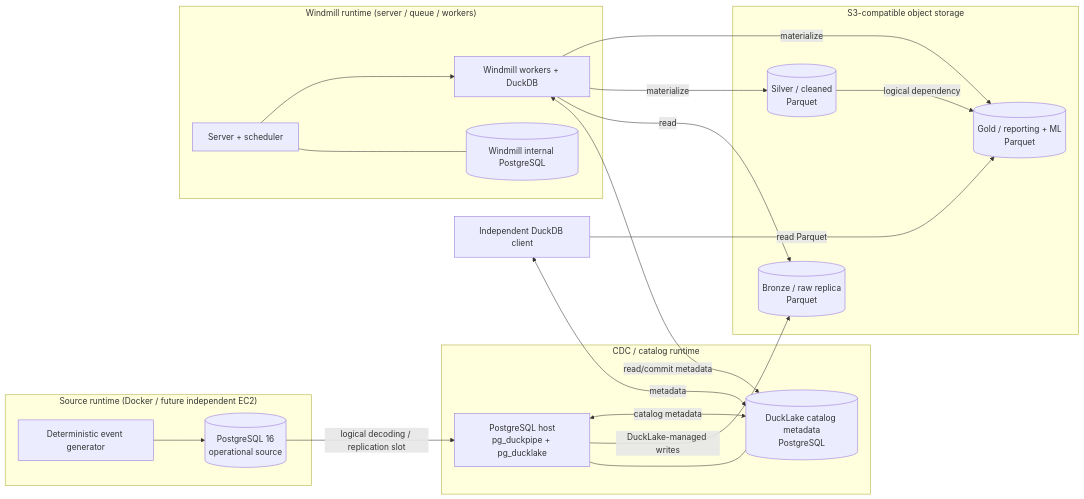
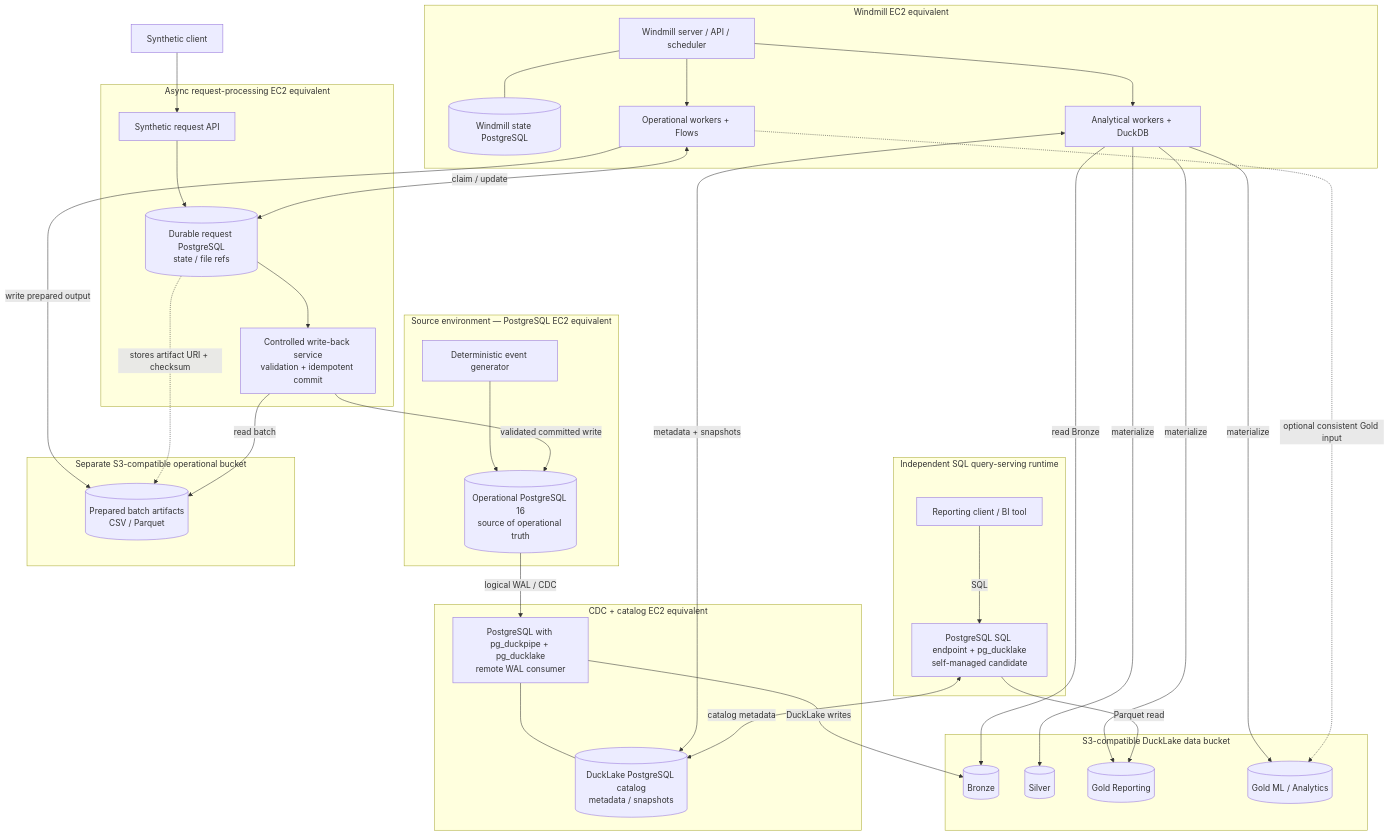
The diagram in docs/architecture.md (TiaanViviers/cdc-lakehouse-lab), drawn with Mermaid before and after one commit. The commit also changed other lines of this file and 15 other files, not shown here.

Commit message:
docs: expand full PoC architecture and phase-based ticket conventions

````diff
--- a/docs/architecture.md
+++ b/docs/architecture.md
@@ -5,34 +7,59 @@
 ```mermaid
-flowchart LR
-  subgraph Source["Source runtime (Docker / future independent EC2)"]
-    G["Deterministic event generator"] --> P[("PostgreSQL 16\noperational source")]
+flowchart TB
+  subgraph opsource["Source environment — PostgreSQL EC2 equivalent"]
+    GEN["Deterministic event generator"]
+    PROD[("Operational PostgreSQL 16\nsource of operational truth")]
+    GEN --> PROD
   end
-  subgraph CDC["CDC / catalog runtime"]
-    DP["PostgreSQL host\npg_duckpipe + pg_ducklake"]
-    CAT[("DuckLake catalog metadata\nPostgreSQL")]
-    DP --- CAT
+  subgraph cdchost["CDC + catalog EC2 equivalent"]
+    PIPE["PostgreSQL with pg_duckpipe + pg_ducklake\nremote WAL consumer"]
+    CAT[("DuckLake PostgreSQL catalog\nmetadata / snapshots")]
+    PIPE --- CAT
   end
-  subgraph Objects["S3-compatible object storage"]
-    BR[("Bronze / raw replica\nParquet")]
-    SI[("Silver / cleaned\nParquet")]
-    GO[("Gold / reporting + ML\nParquet")]
+  subgraph lake["S3-compatible DuckLake data bucket"]
+    BR[("Bronze")]
+    SI[("Silver")]
+    GR[("Gold Reporting")]
+    GM[("Gold ML / Analytics")]
   end
-  subgraph Compute["Windmill runtime (server / queue / workers)"]
-    WM["Server + scheduler"]
-    WDB[("Windmill internal PostgreSQL")]
-    WR["Windmill workers + DuckDB"]
-    WM --- WDB
-    WM --> WR
+  subgraph windmill["Windmill EC2 equivalent"]
+    WMS["Windmill server / API / scheduler"]
+    WMDB[("Windmill state PostgreSQL")]
+    A["Analytical workers + DuckDB"]
+    O["Operational workers + Flows"]
+    WMS --- WMDB
+    WMS --> A
+    WMS --> O
   end
-  R["Independent DuckDB client"]
-  P -->|"logical decoding / replication slot"| DP
-  DP -->|"DuckLake-managed writes"| BR
-  DP <-->|"catalog metadata"| CAT
-  WR <-->|"read/commit metadata"| CAT
-  WR -->|"read"| BR
-  WR -->|"materialize"| SI
-  WR -->|"materialize"| GO
-  SI -->|"logical dependency"| GO
-  R <-->|"metadata"| CAT
-  R -->|"read Parquet"| GO
+  subgraph reporting["Independent SQL query-serving runtime"]
+    QS["PostgreSQL SQL endpoint + pg_ducklake\nself-managed candidate"]
+    CLIENT["Reporting client / BI tool"]
+    CLIENT -->|"SQL"| QS
+  end
+  subgraph async["Async request-processing EC2 equivalent"]
+    IN["Synthetic request API"]
+    RDB[("Durable request PostgreSQL\nstate / file refs")]
+    WB["Controlled write-back service\nvalidation + idempotent commit"]
+    IN --> RDB
+    RDB --> WB
+  end
+  subgraph batches["Separate S3-compatible operational bucket"]
+    ART[("Prepared batch artifacts\nCSV / Parquet")]
+  end
+  REQ["Synthetic client"] --> IN
+  PROD -->|"logical WAL / CDC"| PIPE
+  PIPE -->|"DuckLake writes"| BR
+  A -->|"read Bronze"| BR
+  A -->|"materialize"| SI
+  A -->|"materialize"| GR
+  A -->|"materialize"| GM
+  A <-->|"metadata + snapshots"| CAT
+  QS <-->|"catalog metadata"| CAT
+  QS -->|"Parquet read"| GR
+  O <-->|"claim / update"| RDB
+  O -.->|"optional consistent Gold input"| GM
+  O -->|"write prepared output"| ART
+  RDB -.->|"stores artifact URI + checksum"| ART
+  WB -->|"read batch"| ART
+  WB -->|"validated committed write"| PROD
 ```
````
